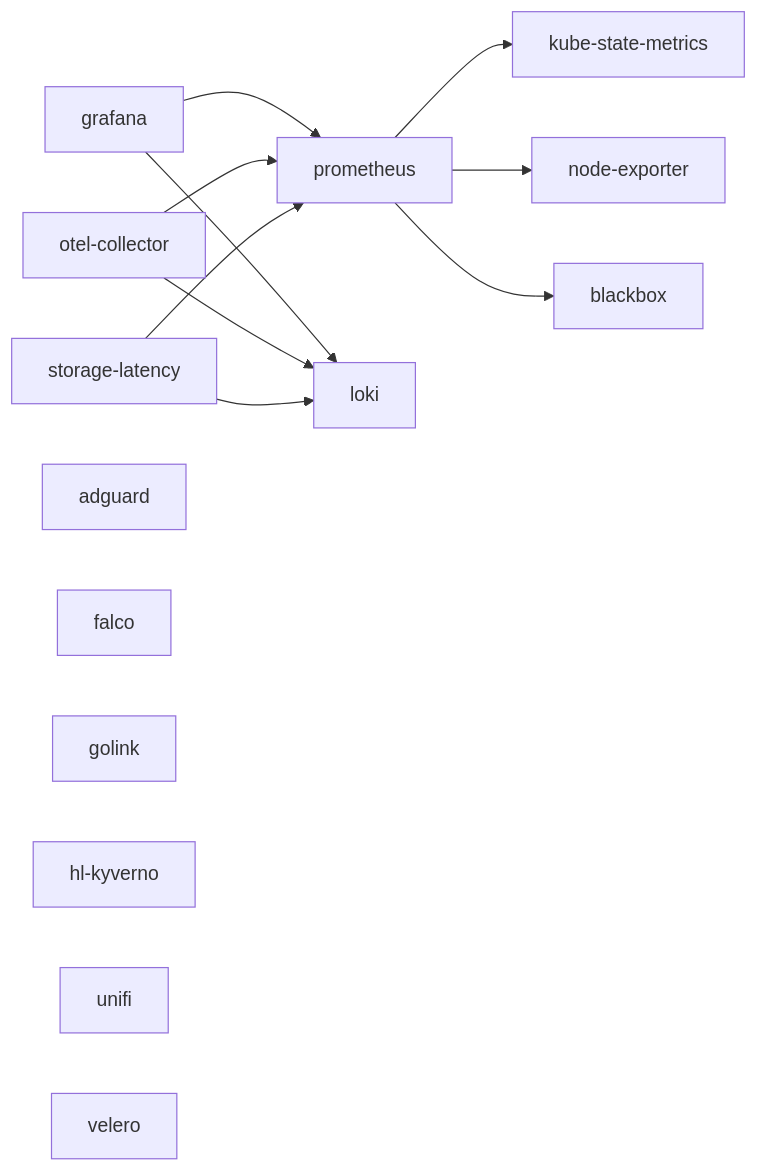
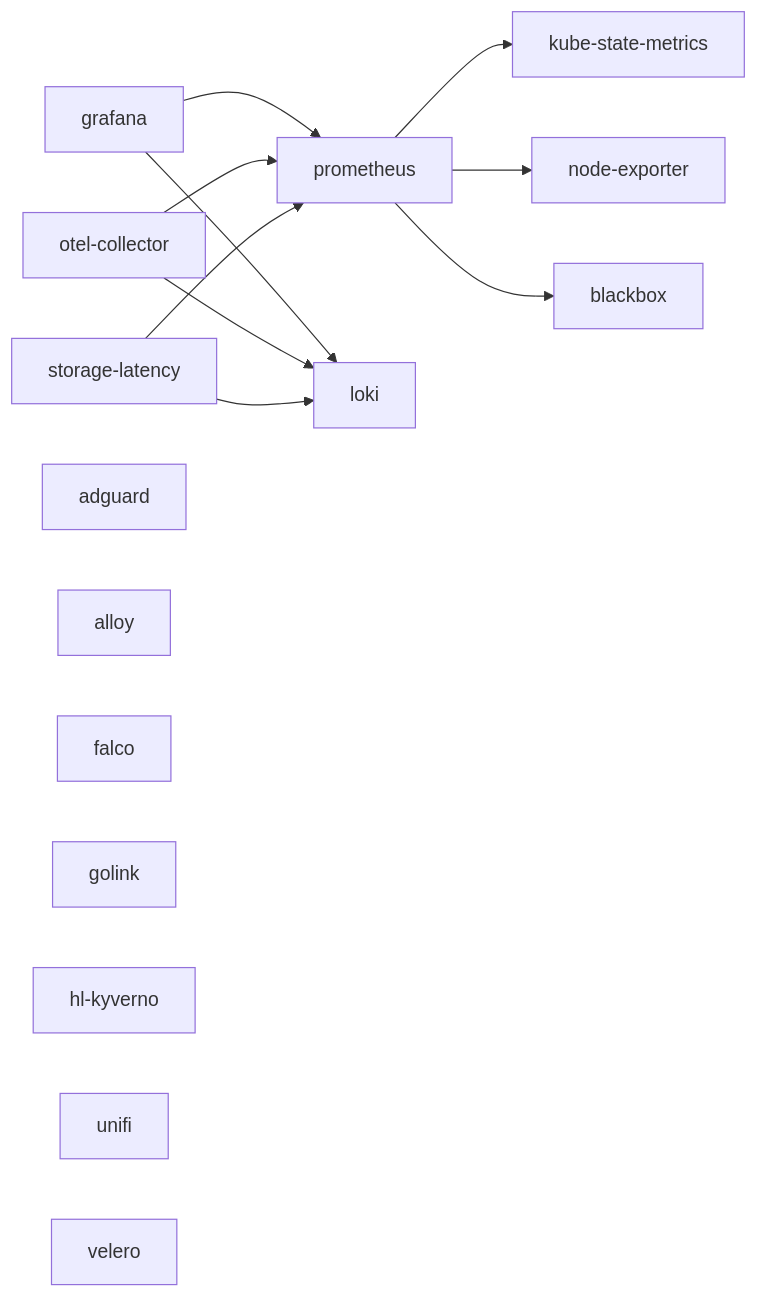
Before and after one commit to ariel-extending851/homelab: the diagram in docs/services/README.md, drawn with Mermaid. The commit also changed other lines of this file and 53 other files, not shown here.

````diff
--- a/docs/services/README.md
+++ b/docs/services/README.md
@@ -35,18 +36,19 @@
 ```mermaid
 graph LR
   grafana --> prometheus
   grafana --> loki
   otel-collector --> loki
   otel-collector --> prometheus
   prometheus --> kube-state-metrics
   prometheus --> node-exporter
   prometheus --> blackbox
   storage-latency --> prometheus
   storage-latency --> loki
   adguard
+  alloy
   falco
   golink
   hl-kyverno
   unifi
   velero
 ```
````
